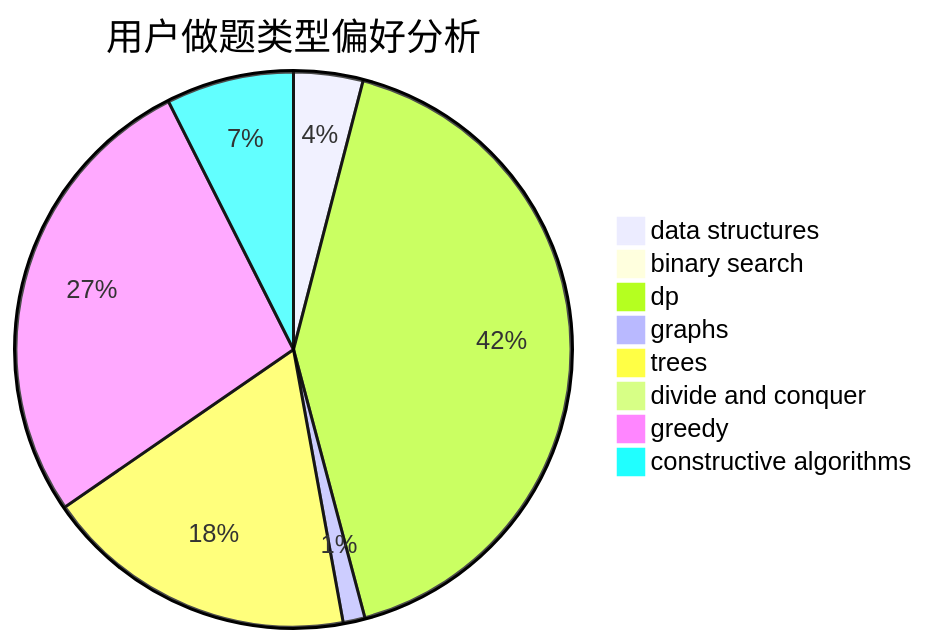
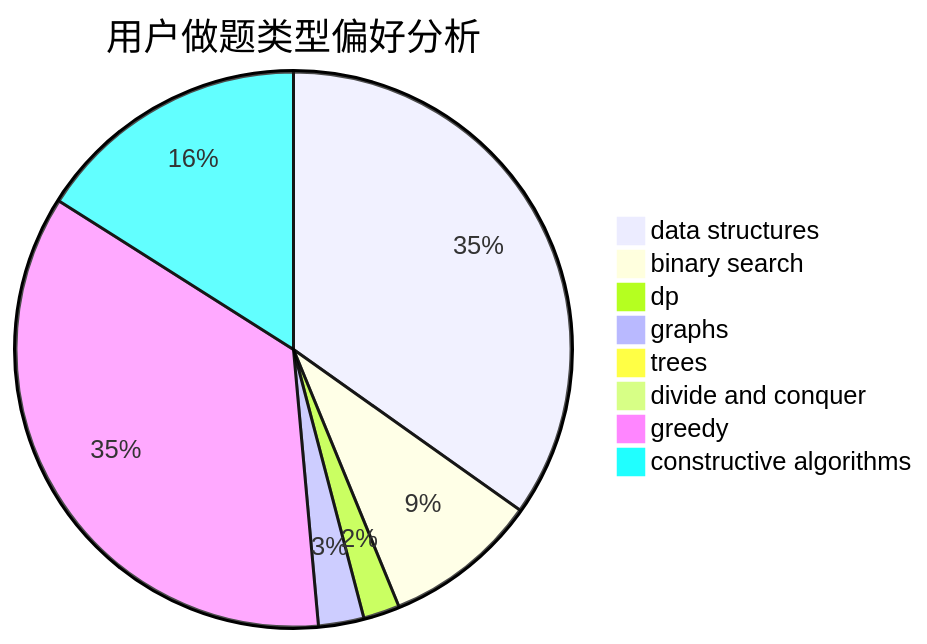
The second of 3 diagrams in docs/user/u1317.md (sherpahu/cfrs.github.io), drawn with Mermaid before and after one commit. The commit also changed other lines of this file and 2770 other files, not shown here.

````diff
--- a/docs/user/u1317.md
+++ b/docs/user/u1317.md
@@ -23,11 +23,11 @@
 ```mermaid
 pie title 用户做题类型偏好分析
-    "data structures" :  19
-    "binary search" :  0
-    "dp" :  197
-    "graphs" :  6
-    "trees" :  86
+    "data structures" :  461
+    "binary search" :  119
+    "dp" :  28
+    "graphs" :  35
+    "trees" :  7
     "divide and conquer" :  0
-    "greedy" :  128
-    "constructive algorithms" :  35
+    "greedy" :  469
+    "constructive algorithms" :  212
 ```
````
